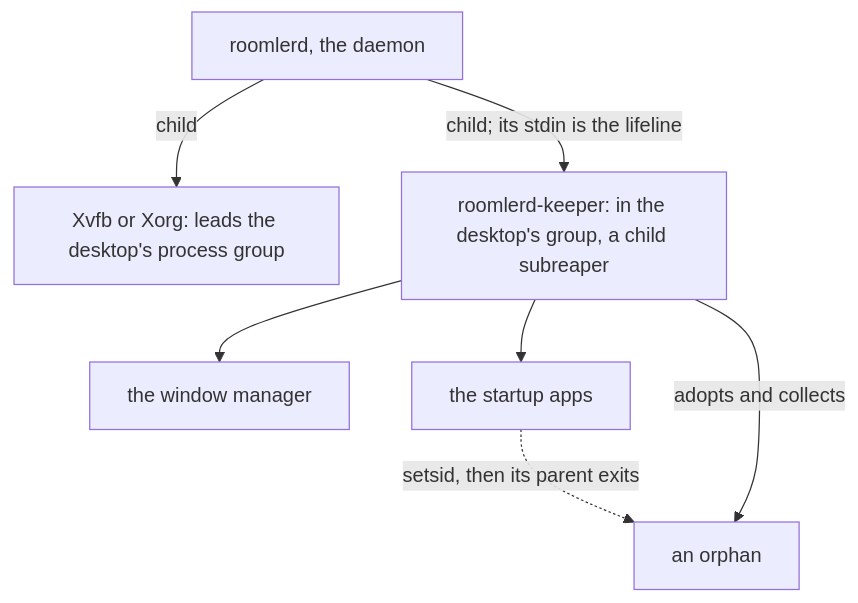
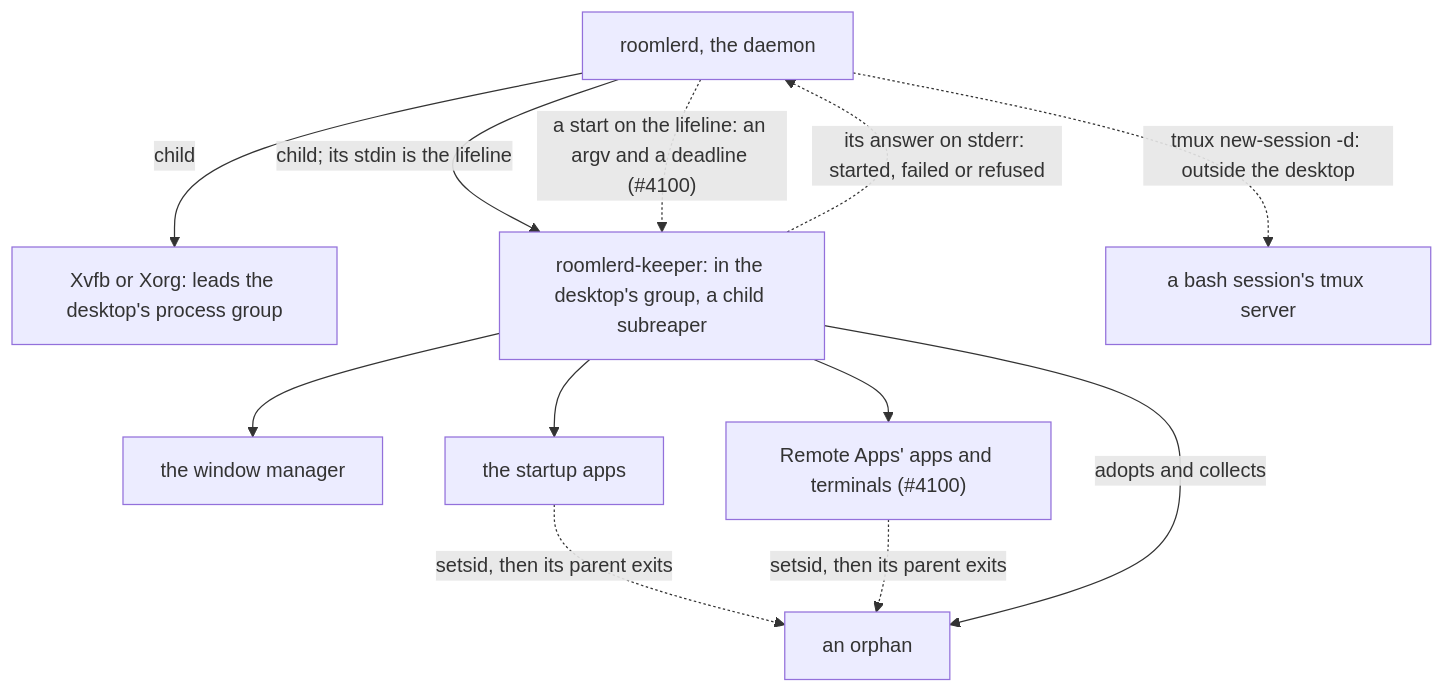
Before and after one commit to gjovanov/roomler-ai: the eighth of 26 diagrams in docs/linux-capture.md, drawn with Mermaid. The commit also changed other lines of this file and 3 other files, not shown here.

First line of the commit message:
docs: Remote Apps' X clients on a virtual desktop are its keeper's (#4100)

````diff
--- a/docs/linux-capture.md
+++ b/docs/linux-capture.md
@@ -855,9 +870,14 @@
 ```mermaid
 flowchart TD
     D["roomlerd, the daemon"] -->|child| X["Xvfb or Xorg: leads the desktop's process group"]
     D -->|"child; its stdin is the lifeline"| K["roomlerd-keeper: in the desktop's group, a child subreaper"]
+    D -.->|"a start on the lifeline: an argv and a deadline (#4100)"| K
+    K -.->|"its answer on stderr: started, failed or refused"| D
     K --> W["the window manager"]
     K --> A["the startup apps"]
+    K --> R["Remote Apps' apps and terminals (#4100)"]
     A -.->|"setsid, then its parent exits"| O["an orphan"]
+    R -.->|"setsid, then its parent exits"| O
     K -->|"adopts and collects"| O
+    D -.->|"tmux new-session -d: outside the desktop"| T["a bash session's tmux server"]
 ```
````
